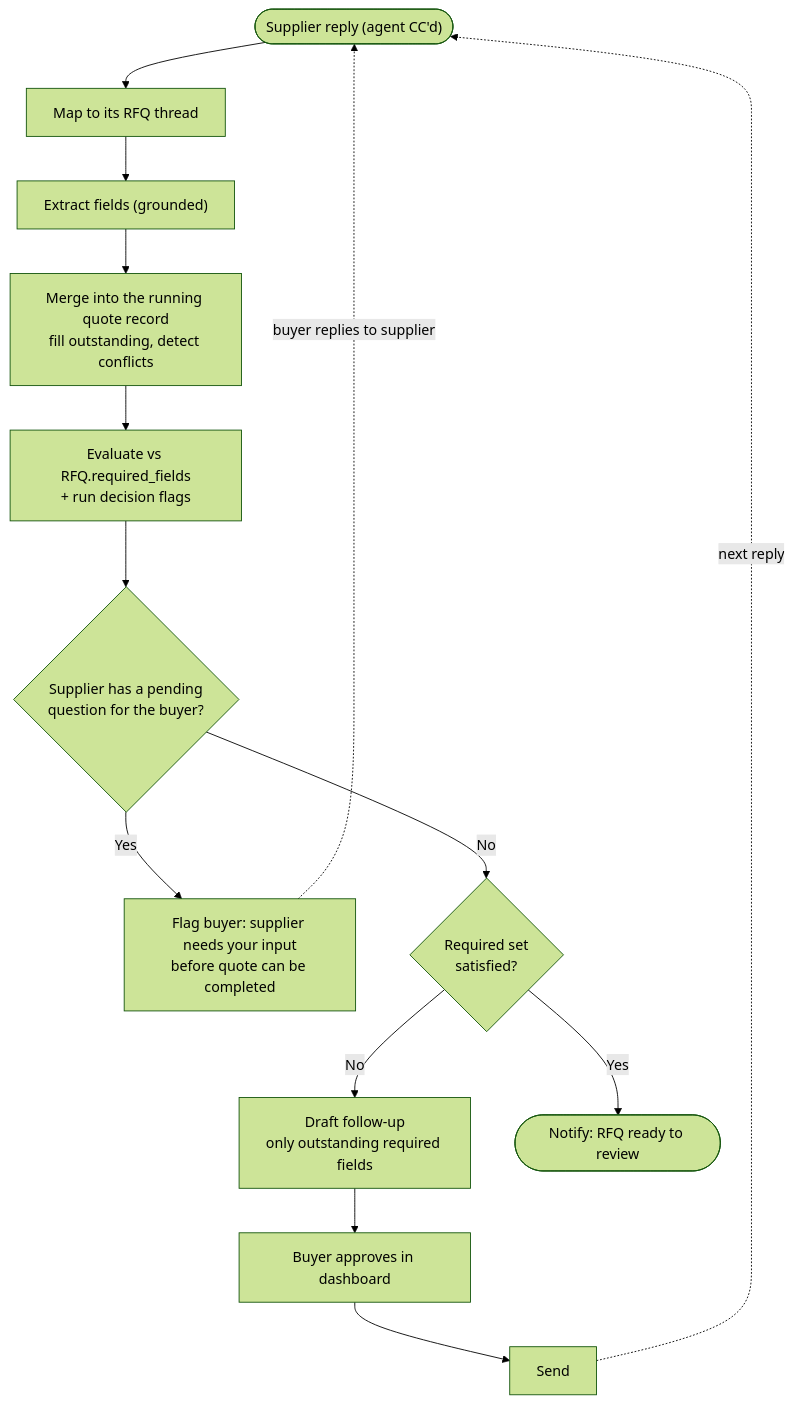
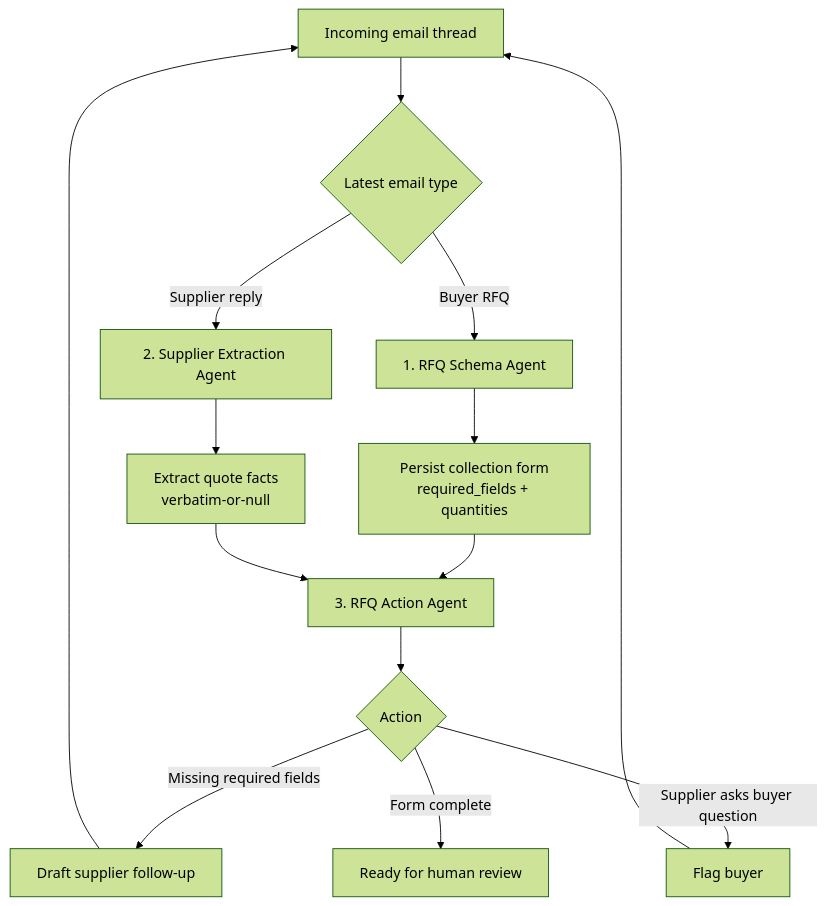
One commit to JayleeBot/ForgeFlow changed the diagram in README.md. Above: the diagram before and after it, drawn with Mermaid (forest theme). The commit also changed other lines of this file and 8 other files, not shown here.

Commit message:
Clarify RFQ agent workflow

````diff
--- a/README.md
+++ b/README.md
@@ -49,16 +13,16 @@
 ```mermaid
 flowchart TD
-    R(["Supplier reply (agent CC'd)"]) --> M["Map to its RFQ thread"]
-    M --> E["Extract fields (grounded)"]
-    E --> U["Merge into the running quote record<br/>fill outstanding, detect conflicts"]
-    U --> K["Evaluate vs RFQ.required_fields<br/>+ run decision flags"]
-    K --> Q{"Supplier has a pending<br/>question for the buyer?"}
-    Q -- Yes --> J["Flag buyer: supplier needs your input<br/>before quote can be completed"]
-    J -. buyer replies to supplier .-> R
-    Q -- No --> D{"Required set<br/>satisfied?"}
-    D -- No --> F["Draft follow-up<br/>only outstanding required fields"]
-    F --> A["Buyer approves in dashboard"]
-    A --> S["Send"]
-    S -. next reply .-> R
-    D -- Yes --> N(["Notify: RFQ ready to review"])
+    A["Incoming email thread"] --> B{"Latest email type"}
+    B -->|"Buyer RFQ"| C["1. RFQ Schema Agent"]
+    C --> D["Persist collection form<br/>required_fields + quantities"]
+    B -->|"Supplier reply"| E["2. Supplier Extraction Agent"]
+    E --> F["Extract quote facts<br/>verbatim-or-null"]
+    D --> G["3. RFQ Action Agent"]
+    F --> G
+    G --> H{"Action"}
+    H -->|"Missing required fields"| I["Draft supplier follow-up"]
+    H -->|"Supplier asks buyer question"| J["Flag buyer"]
+    H -->|"Form complete"| K["Ready for human review"]
+    I --> A
+    J --> A
 ```
````
